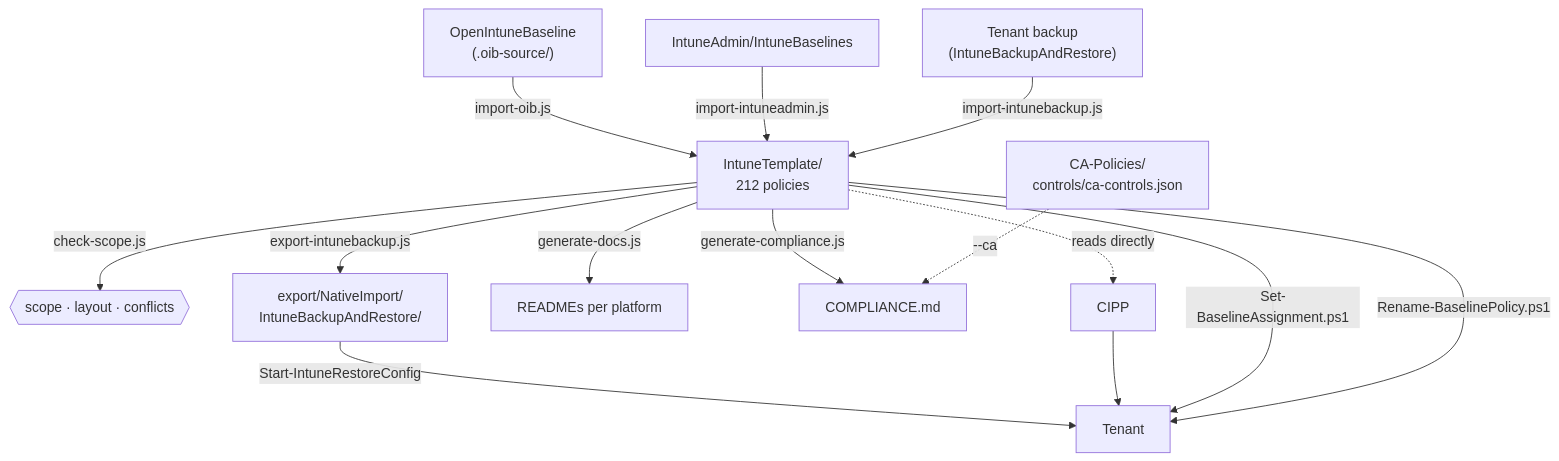
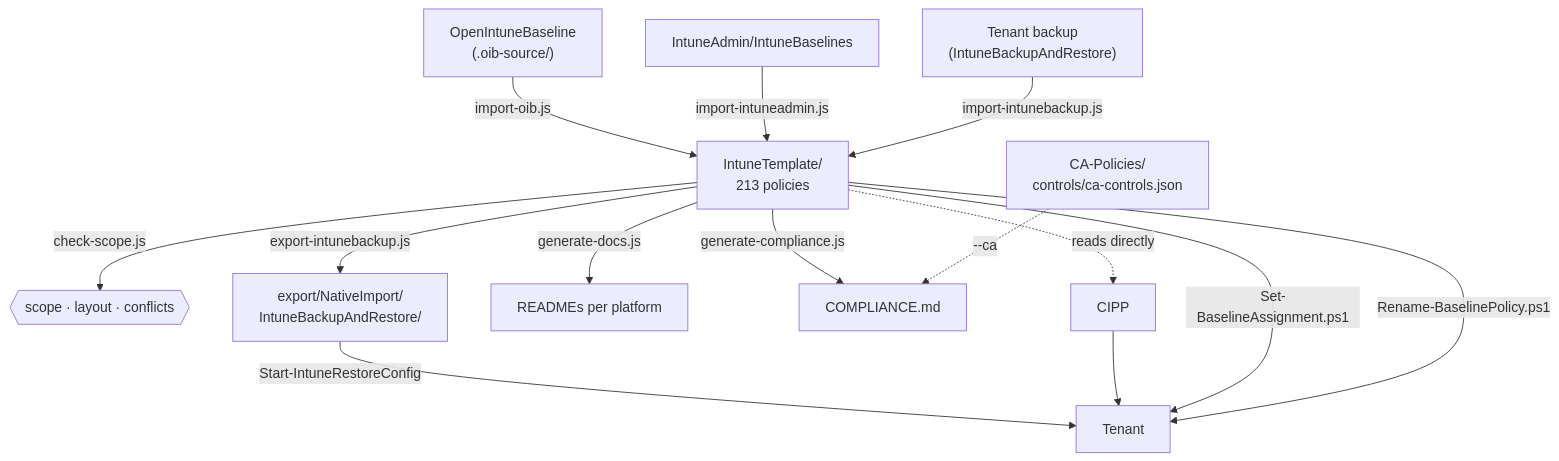
The diagram in scripts/README.en.md (sjkanon/IntuneBackup), drawn with Mermaid before and after one commit. The commit also changed 30 other files, not shown here.

````diff
--- a/scripts/README.en.md
+++ b/scripts/README.en.md
@@ -9,17 +9,17 @@
 ```mermaid
 flowchart TD
   OIB["OpenIntuneBaseline<br/>(.oib-source/)"] -->|import-oib.js| T
   IA["IntuneAdmin/IntuneBaselines"] -->|import-intuneadmin.js| T
   TEN["Tenant backup<br/>(IntuneBackupAndRestore)"] -->|import-intunebackup.js| T
-  T["IntuneTemplate/<br/>212 policies"]
+  T["IntuneTemplate/<br/>213 policies"]
   T -->|check-scope.js| CHK{{"scope · layout · conflicts"}}
   T -->|export-intunebackup.js| EX["export/NativeImport/<br/>IntuneBackupAndRestore/"]
   T -->|generate-docs.js| DOC["READMEs per platform"]
   T -->|generate-compliance.js| CMP["COMPLIANCE.md"]
   CA["CA-Policies/<br/>controls/ca-controls.json"] -.->|--ca| CMP
   T -.->|reads directly| CIPP["CIPP"]
   EX -->|Start-IntuneRestoreConfig| TENANT["Tenant"]
   CIPP --> TENANT
   T -->|Set-BaselineAssignment.ps1| TENANT
   T -->|Rename-BaselinePolicy.ps1| TENANT
 ```
````
